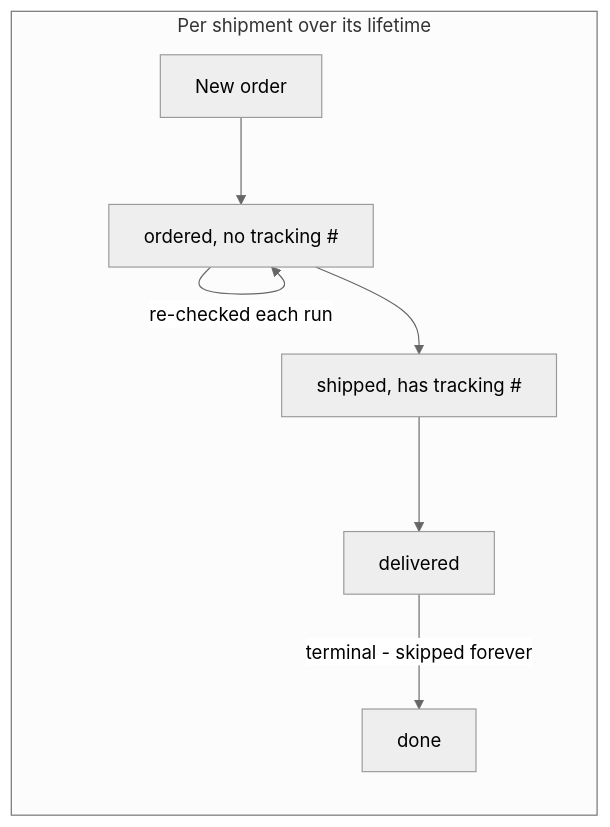
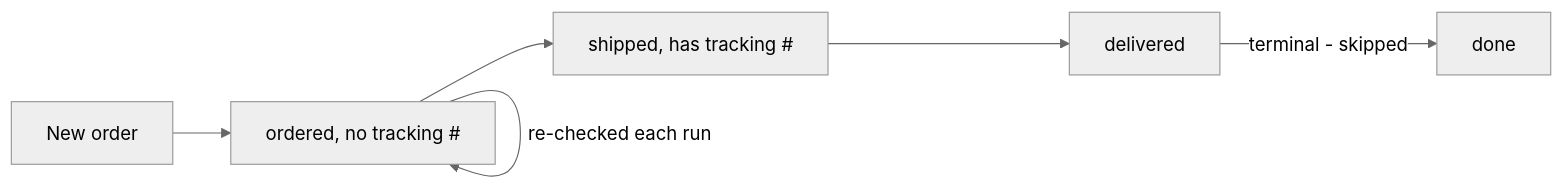
One commit to ango-dev/BuyingGroupLedger changed the second of 2 diagrams in docs/architecture.md. Above: the diagram before and after it, drawn with Mermaid (neutral theme). The commit also changed other lines of this file and 23 other files, not shown here.

````diff
--- a/docs/architecture.md
+++ b/docs/architecture.md
@@ -74,10 +66,8 @@
 ```mermaid
 flowchart LR
-    subgraph Per shipment over its lifetime
-      N[New order] --> O[ordered, no tracking #]
-      O -->|re-checked each run| O
-      O --> S[shipped, has tracking #]
-      S --> DEL[delivered]
-      DEL -->|terminal - skipped forever| X[done]
-    end
+    N[New order] --> O[ordered, no tracking #]
+    O -->|re-checked each run| O
+    O --> S[shipped, has tracking #]
+    S --> DEL[delivered]
+    DEL -->|terminal - skipped| X[done]
 ```
````
